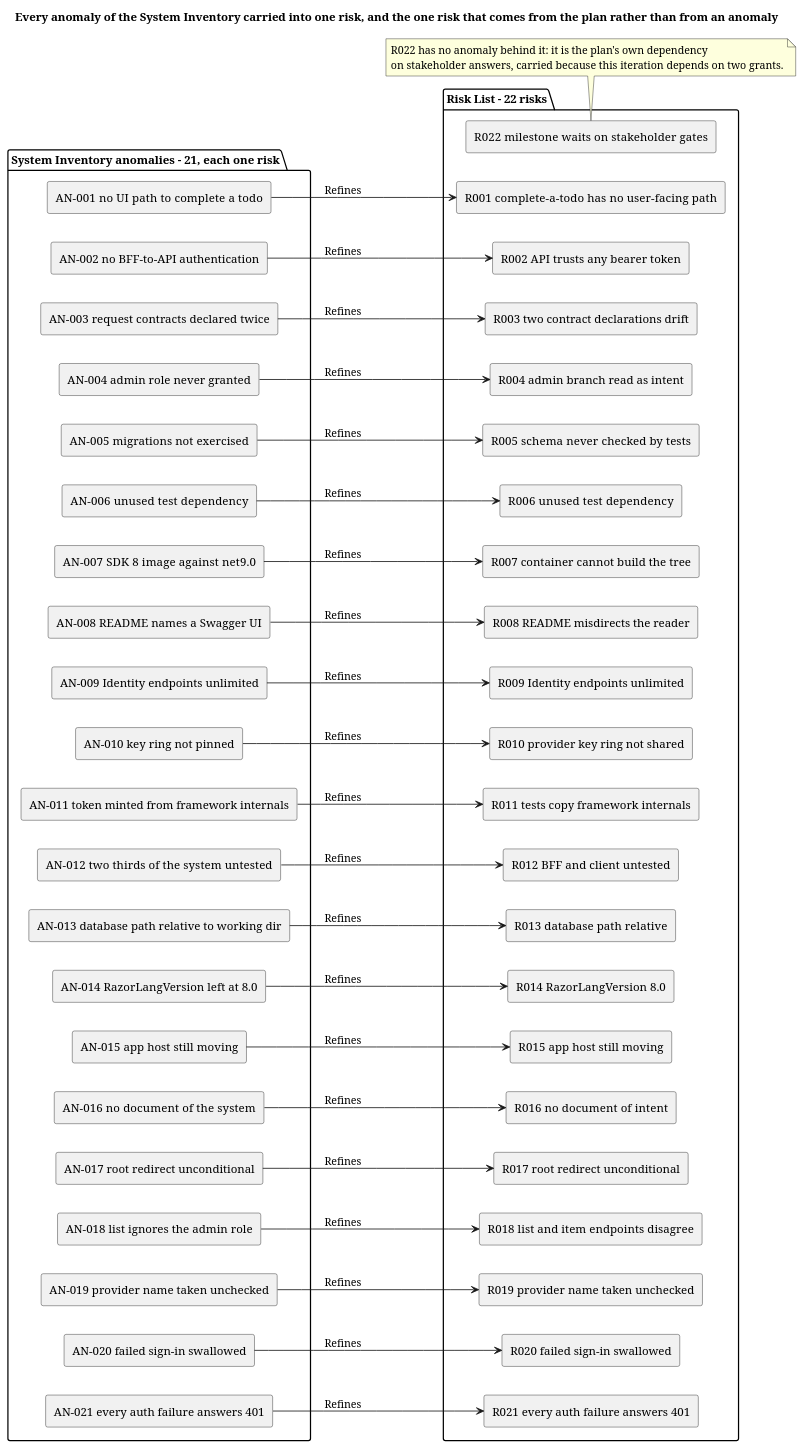
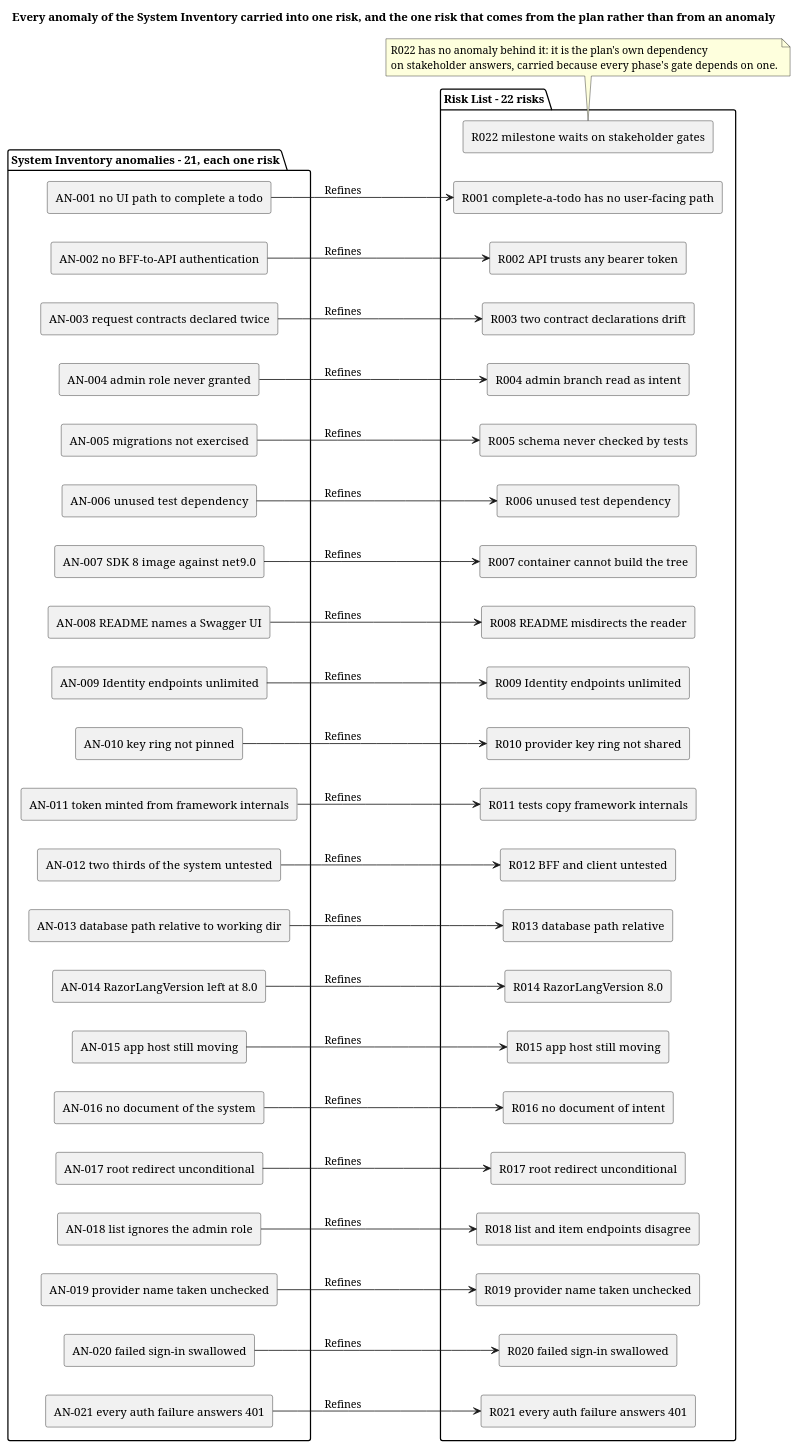
Before and after one commit to banense-test/TodoApp: the second of 2 diagrams in docs/artifacts/project-management/risk-list.md, drawn with PlantUML. The commit also changed other lines of this file, not shown here.

````diff
--- a/docs/artifacts/project-management/risk-list.md
+++ b/docs/artifacts/project-management/risk-list.md
@@ -175,7 +175,7 @@
 
 note bottom of R022
   R022 has no anomaly behind it: it is the plan's own dependency
-  on stakeholder answers, carried because this iteration depends on two grants.
+  on stakeholder answers, carried because every phase's gate depends on one.
 end note
 @enduml
 ```
````
